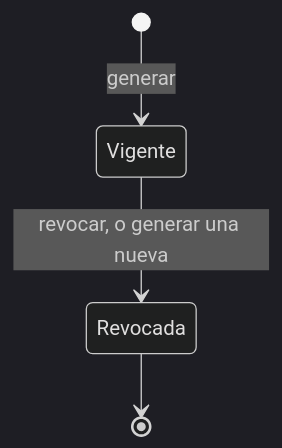
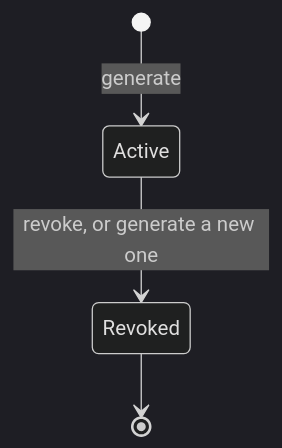
One commit to hotosm/chatmap changed the second of 4 diagrams in docs/how-it-works/map_contributions.md. Above: the diagram before and after it, drawn with Mermaid (dark theme). The commit also changed other lines of this file and 8 other files, not shown here.

````diff
--- a/docs/how-it-works/map_contributions.md
+++ b/docs/how-it-works/map_contributions.md
@@ -179,6 +177,6 @@
 ```mermaid
 stateDiagram-v2
-    [*] --> Vigente: generar
-    Vigente --> Revocada: revocar, o generar una nueva
-    Revocada --> [*]
+    [*] --> Active: generate
+    Active --> Revoked: revoke, or generate a new one
+    Revoked --> [*]
 ```
````
